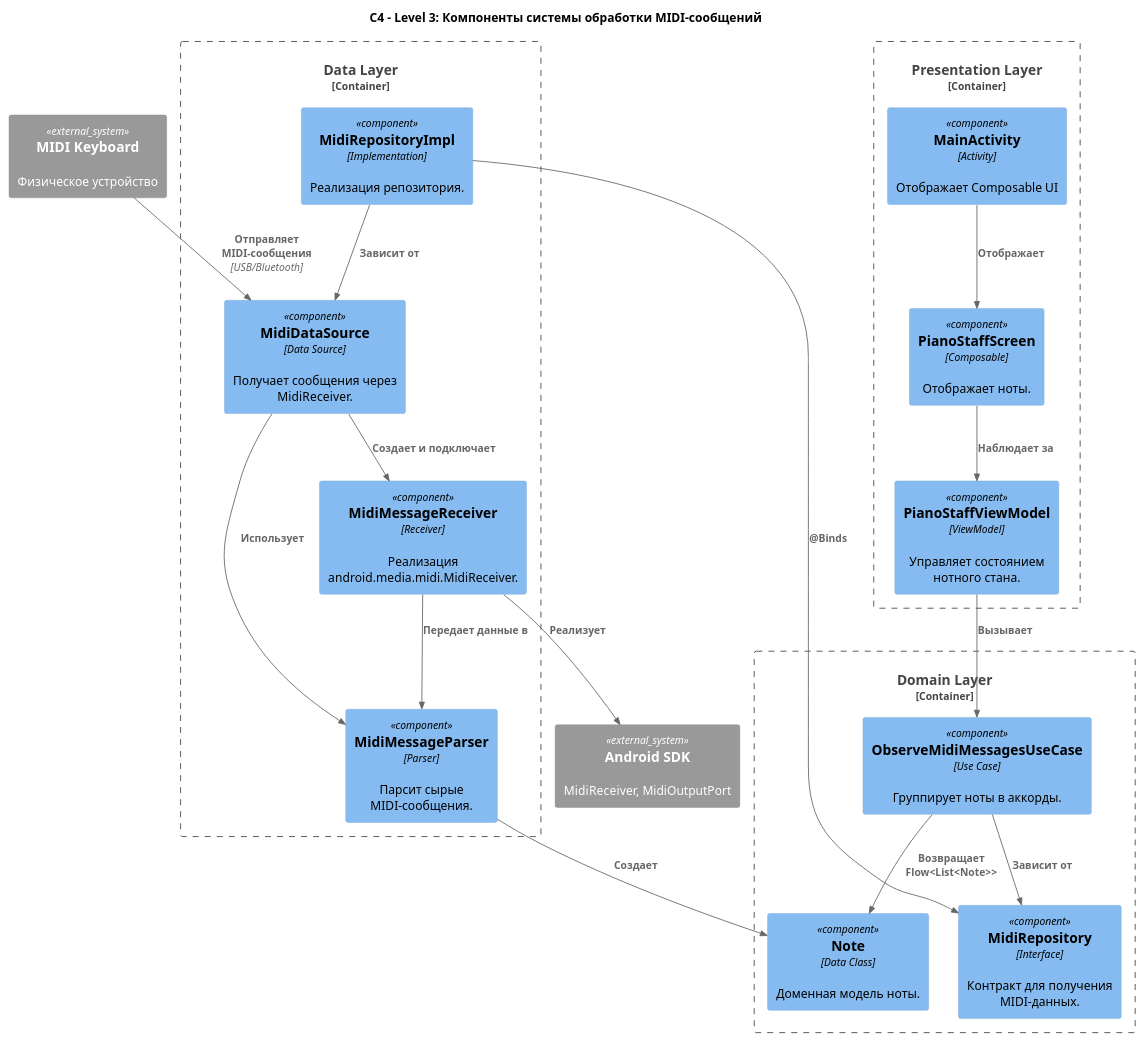
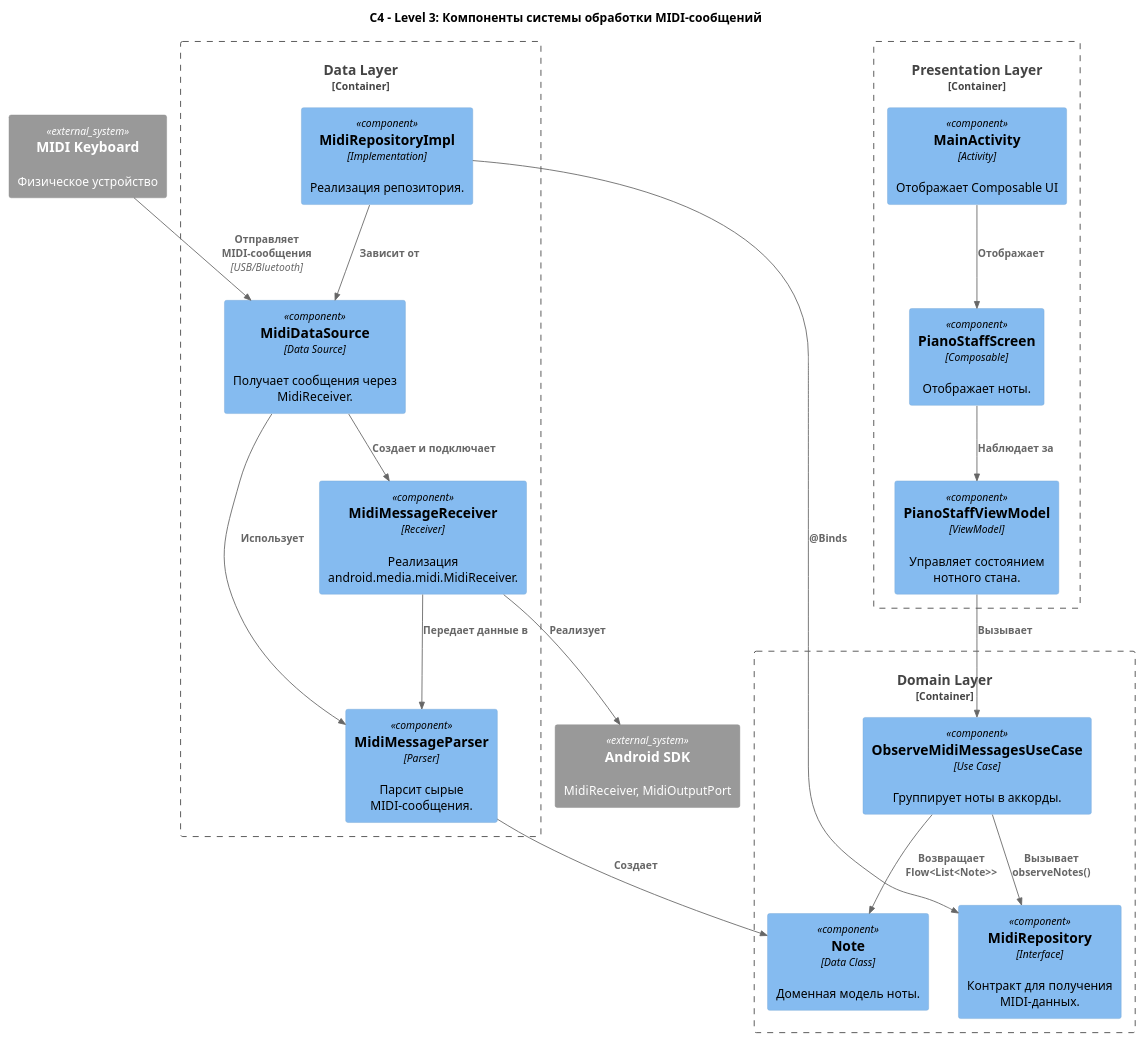
The first of 5 diagrams in docs/ts/MIDI_MESSAGE_PROCESSING.md (astrizhachuk/PianoFlow), drawn with PlantUML before and after one commit. The commit also changed other lines of this file, not shown here.

Commit message:
docs: уточнить детали на диаграммах и в описании обработки MIDI-сообщений

````diff
--- a/docs/ts/MIDI_MESSAGE_PROCESSING.md
+++ b/docs/ts/MIDI_MESSAGE_PROCESSING.md
@@ -37,49 +37,49 @@
 ```plantuml
 @startuml
 !include https://raw.githubusercontent.com/plantuml-stdlib/C4-PlantUML/master/C4_Component.puml
 
 title C4 - Level 3: Компоненты системы обработки MIDI-сообщений
 
 System_Ext(midi_device, "MIDI Keyboard", "Физическое устройство")
 System_Ext(android_sdk, "Android SDK", "MidiReceiver, MidiOutputPort")
 
 Container_Boundary(presentation, "Presentation Layer") {
     Component(activity, "MainActivity", "Activity", "Отображает Composable UI")
     Component(vm, "PianoStaffViewModel", "ViewModel", "Управляет состоянием нотного стана.")
     Component(screen, "PianoStaffScreen", "Composable", "Отображает ноты.")
 }
 
 Container_Boundary(domain, "Domain Layer") {
     Component(observe_uc, "ObserveMidiMessagesUseCase", "Use Case", "Группирует ноты в аккорды.")
     Component(repo, "MidiRepository", "Interface", "Контракт для получения MIDI-данных.")
     Component(note, "Note", "Data Class", "Доменная модель ноты.")
 }
 
 Container_Boundary(data, "Data Layer") {
     Component(repo_impl, "MidiRepositoryImpl", "Implementation", "Реализация репозитория.")
     Component(ds, "MidiDataSource", "Data Source", "Получает сообщения через MidiReceiver.")
     Component(parser, "MidiMessageParser", "Parser", "Парсит сырые MIDI-сообщения.")
     Component(receiver, "MidiMessageReceiver", "Receiver", "Реализация android.media.midi.MidiReceiver.")
 }
 
 ' Связи
 Rel(activity, screen, "Отображает")
 Rel(screen, vm, "Наблюдает за")
 Rel(vm, observe_uc, "Вызывает")
-Rel(observe_uc, repo, "Зависит от")
+Rel(observe_uc, repo, "Вызывает observeNotes()")
 
 Rel(repo_impl, repo, "@Binds")
 Rel(repo_impl, ds, "Зависит от")
 
 Rel(ds, parser, "Использует")
 Rel(ds, receiver, "Создает и подключает")
 Rel(receiver, android_sdk, "Реализует")
 Rel(receiver, parser, "Передает данные в")
 
 Rel(midi_device, ds, "Отправляет MIDI-сообщения", "USB/Bluetooth")
 
 Rel(observe_uc, note, "Возвращает Flow<List<Note>>")
 Rel(parser, note, "Создает")
 
 @enduml
 ```
````
